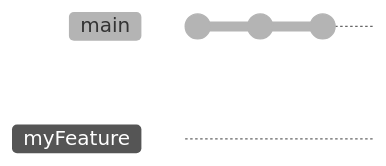
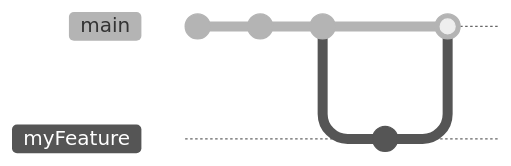
One commit to Sleaum/mermaid changed the diagram in test.md. Above: the diagram before and after it, drawn with Mermaid (neutral theme). Commit ids are hidden.

````diff
--- a/test.md
+++ b/test.md
@@ -1,11 +1,14 @@
 ```mermaid
 ---
-checkout vers la branche de travail
+merge from myFeature
 ---
 gitGraph
   commit
   commit
   commit
   branch myFeature
   checkout myFeature
+  commit
+  checkout main
+  merge myFeature
 ```
````
